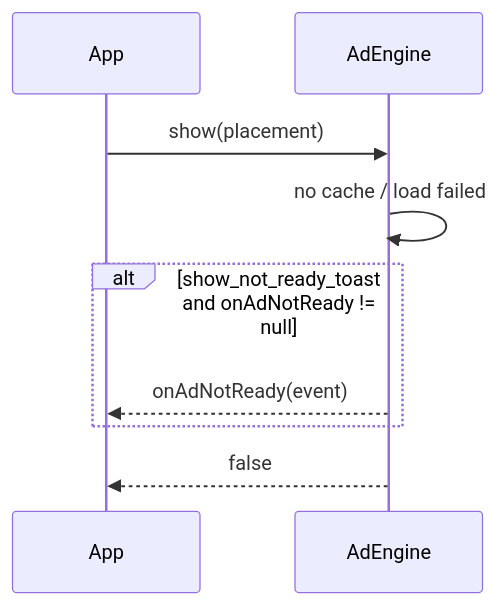
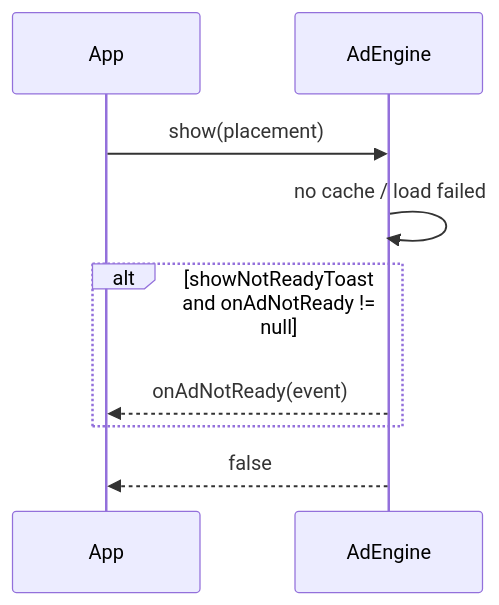
The seventh of 7 diagrams in README.md (yanmingLiu/flutter_ad_plugin), drawn with Mermaid before and after one commit. The commit also changed other lines of this file and 17 other files, not shown here.

````diff
--- a/README.md
+++ b/README.md
@@ -766,12 +736,12 @@
 ```mermaid
 sequenceDiagram
   participant App
   participant Engine as AdEngine
 
   App->>Engine: show(placement)
   Engine->>Engine: no cache / load failed
-  alt show_not_ready_toast and onAdNotReady != null
+  alt showNotReadyToast and onAdNotReady != null
     Engine-->>App: onAdNotReady(event)
   end
   Engine-->>App: false
 ```
````
